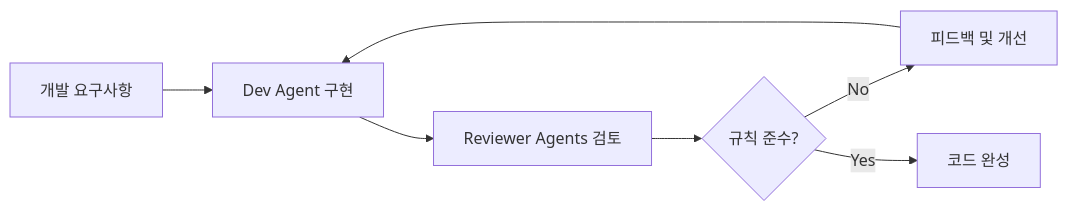
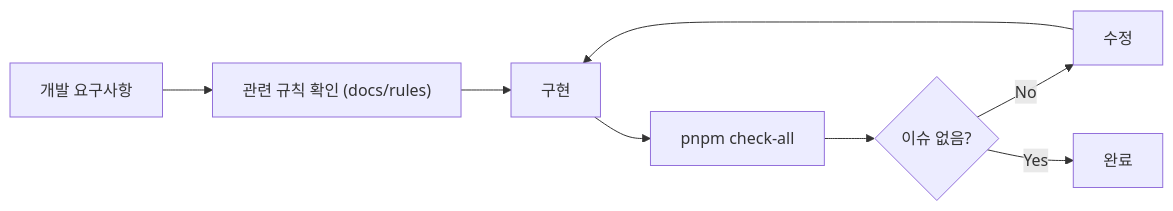
One commit to develsvai/DeepQuest changed the diagram in web/README.md. Above: the diagram before and after it, drawn with Mermaid. The commit also changed other lines of this file and 470 other files, not shown here.

````diff
--- a/web/README.md
+++ b/web/README.md
@@ -239,9 +215,10 @@
 ```mermaid
 graph LR
-    A[개발 요구사항] --> B[Dev Agent 구현]
-    B --> C[Reviewer Agents 검토]
-    C --> D{규칙 준수?}
-    D -->|No| E[피드백 및 개선]
-    E --> B
-    D -->|Yes| F[코드 완성]
+    A[개발 요구사항] --> B["관련 규칙 확인 (docs/rules)"]
+    B --> C[구현]
+    C --> D["pnpm check-all"]
+    D --> E{이슈 없음?}
+    E -->|No| F[수정]
+    F --> C
+    E -->|Yes| G[완료]
 ```
````
